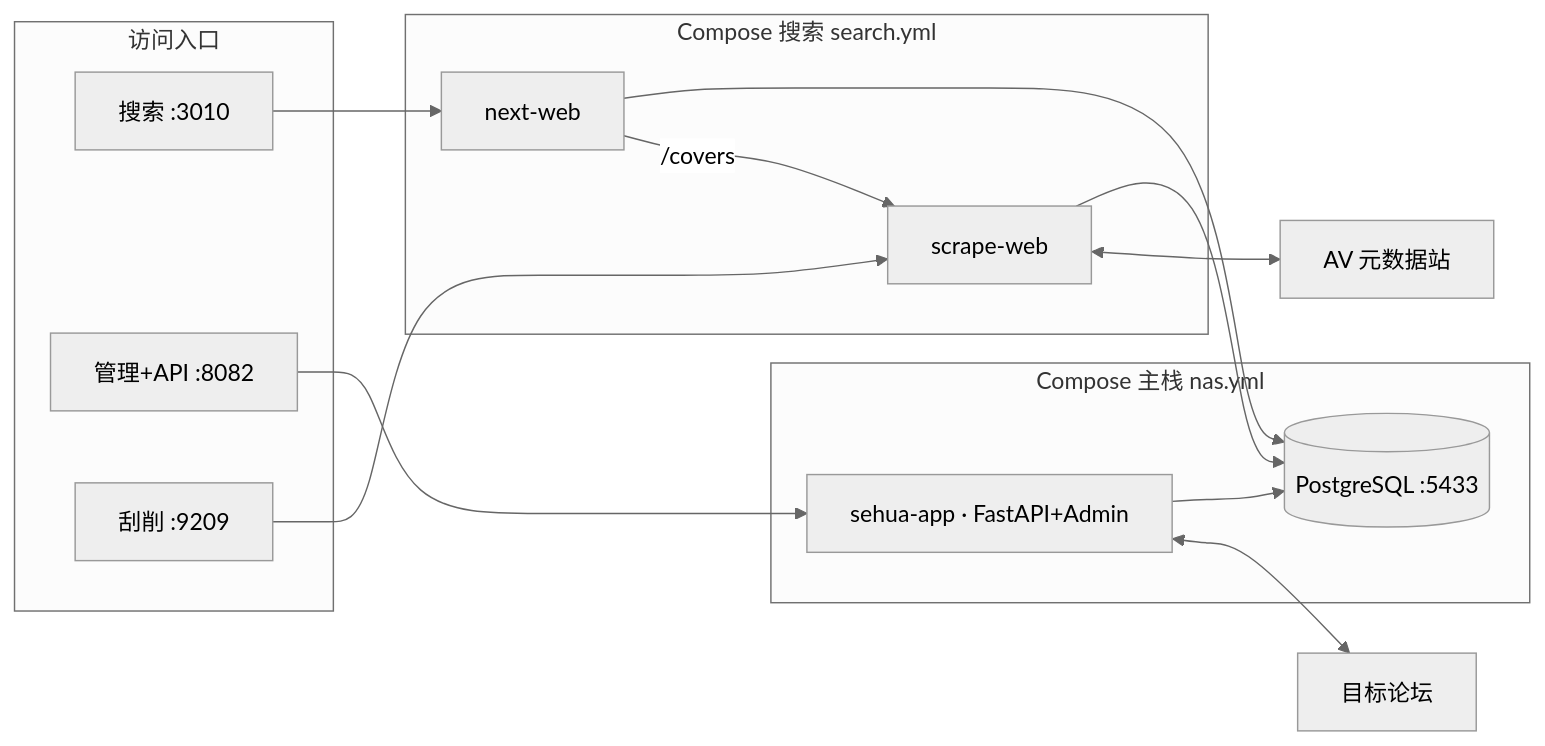
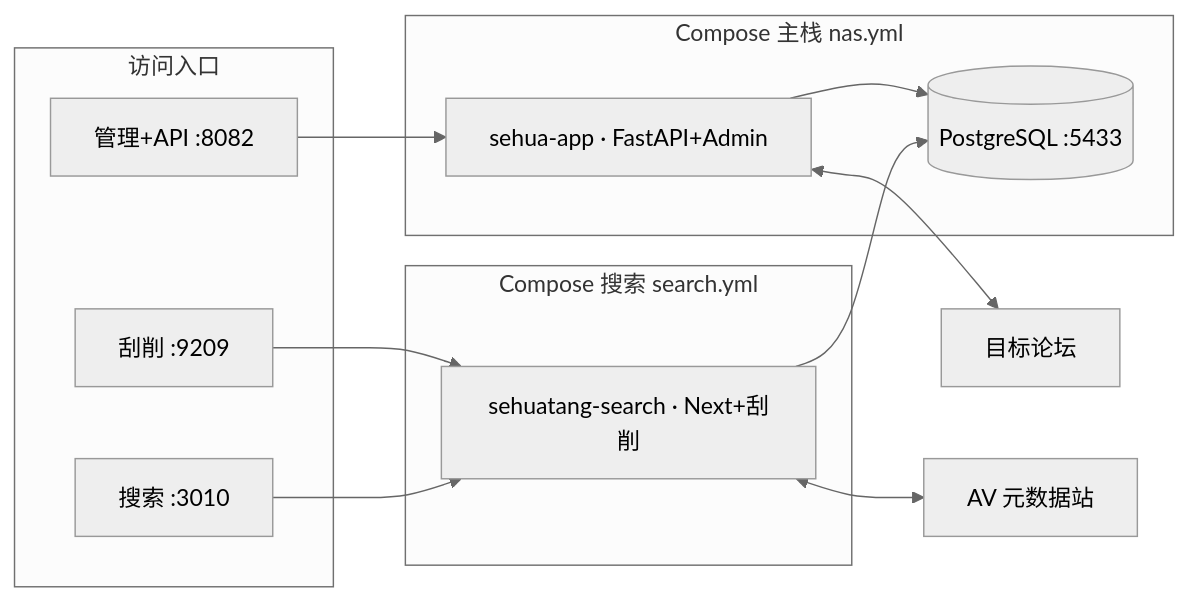
One commit to poillysky/sehua changed the diagram in README.md. Above: the diagram before and after it, drawn with Mermaid (neutral theme). The commit also changed other lines of this file and 10 other files, not shown here.

Commit message:
Release search 1.2.5: merge next-web and scrape-web into one sehuatang-search image.

````diff
--- a/README.md
+++ b/README.md
@@ -16,31 +16,28 @@
 ```mermaid
 flowchart LR
   subgraph Edge["访问入口"]
     S["搜索 :3010"]
     A["管理+API :8082"]
     C["刮削 :9209"]
   end
 
   subgraph Main["Compose 主栈 nas.yml"]
     APP["sehua-app · FastAPI+Admin"]
     PG[("PostgreSQL :5433")]
   end
 
   subgraph Search["Compose 搜索 search.yml"]
-    NW["next-web"]
-    SW["scrape-web"]
+    NW["sehuatang-search · Next+刮削"]
   end
 
   Forum["目标论坛"]
   Meta["AV 元数据站"]
 
   S --> NW
   A --> APP
-  C --> SW
+  C --> NW
   NW --> PG
-  NW -->|"/covers"| SW
-  SW --> PG
   APP --> PG
   APP <--> Forum
-  SW <--> Meta
+  NW <--> Meta
 ```
````
